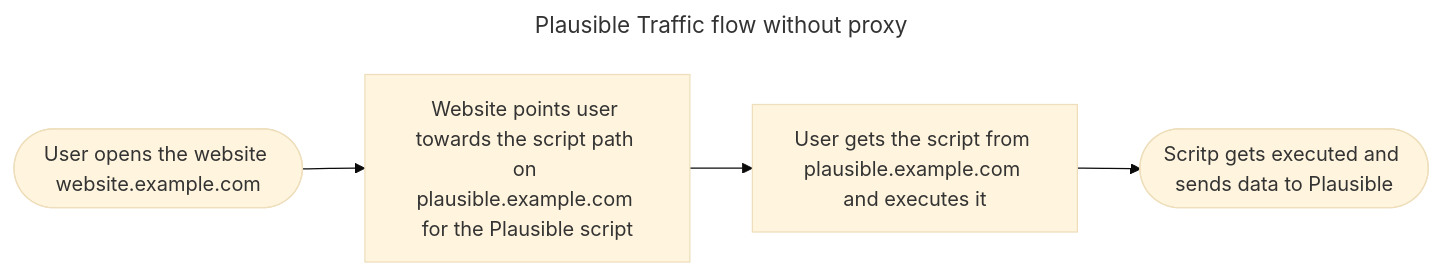
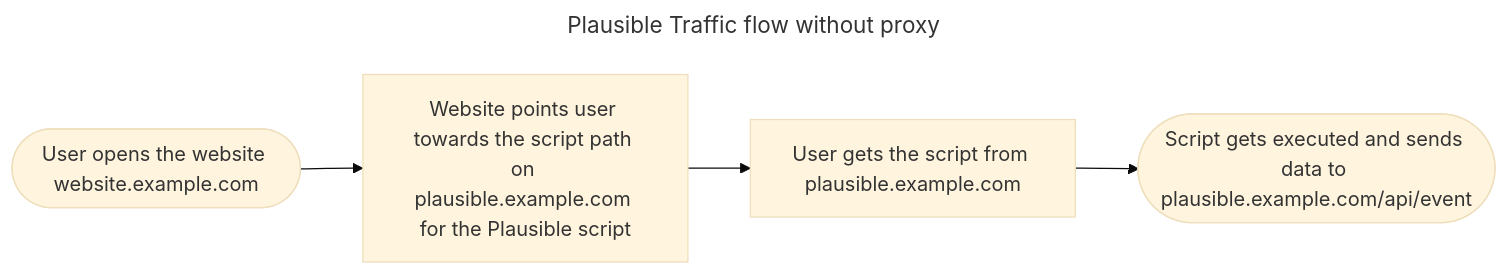
The first of 2 diagrams in docs/services/plausible/plausible_setup.md (PhilT95/athenlyx), drawn with Mermaid (base theme) before and after one commit. The commit also changed other lines of this file and 3 other files, not shown here.

````diff
--- a/docs/services/plausible/plausible_setup.md
+++ b/docs/services/plausible/plausible_setup.md
@@ -144,9 +144,9 @@
 ```mermaid
 ---
 title: Plausible Traffic flow without proxy
 ---
 graph LR
-A([User opens the website website.example.com]) --> B[Website points user towards the script path on plausible.example.com for the Plausible script];
-B --> C[User gets the script from plausible.example.com and executes it];
-C --> D([Scritp gets executed and sends data to Plausible])
+A([User opens the website website.example.com]) --> B[Website points user towards the script path on plausible.example.com for the Plausible script]
+B --> C[User gets the script from plausible.example.com]
+C --> D([Script gets executed and sends data to plausible.example.com/api/event])
 ```
````
